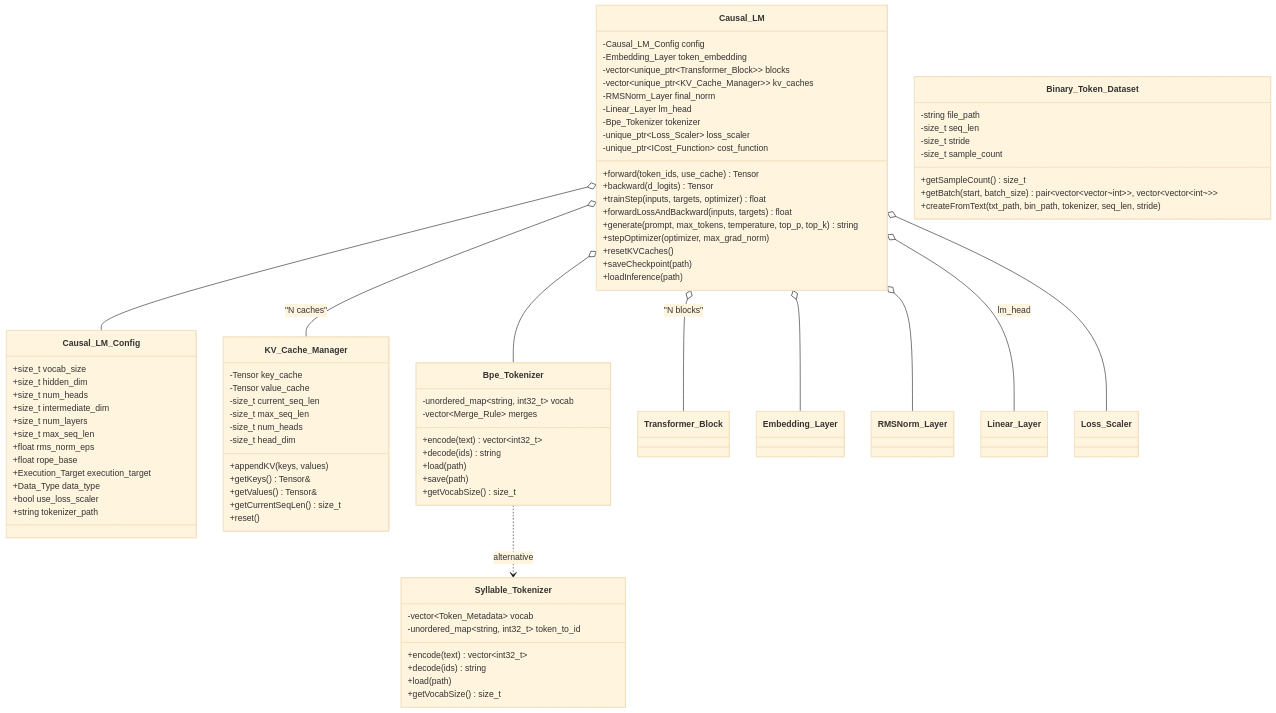
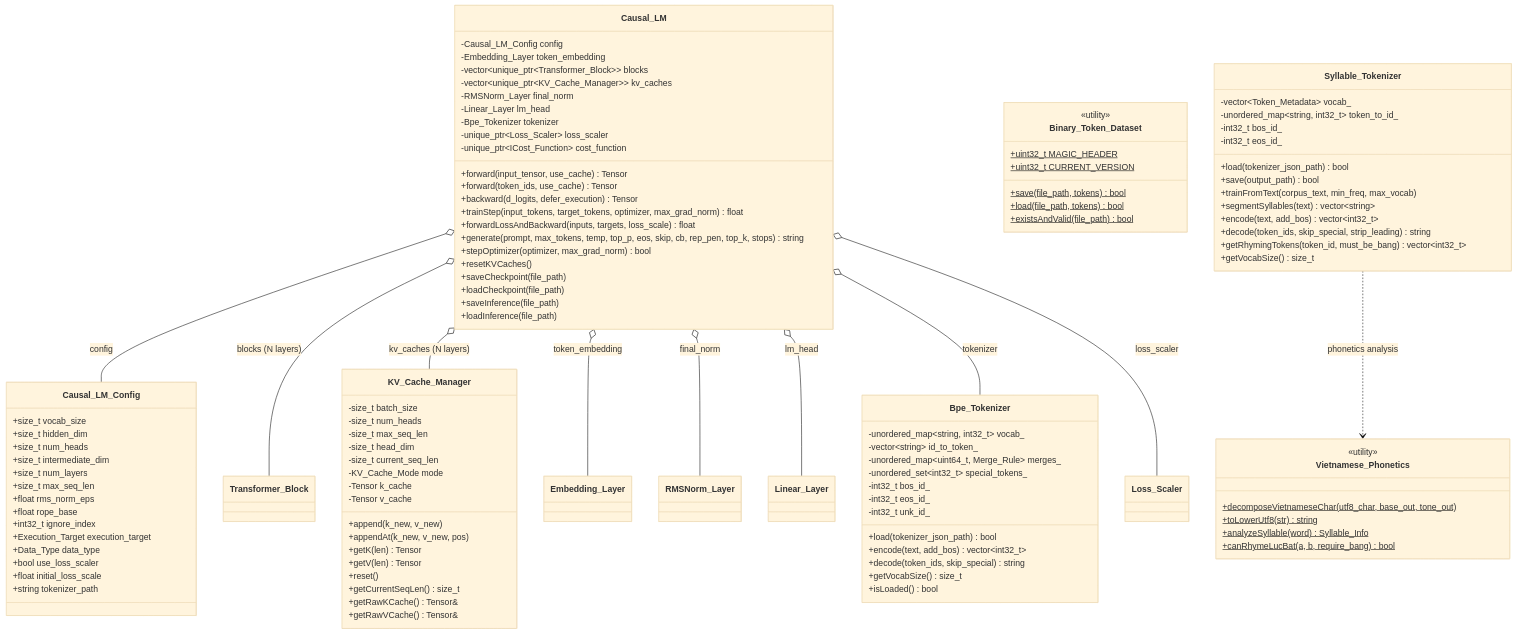
Before and after one commit to HungVQ1991/VulkanML: the seventh of 11 diagrams in architechture.md, drawn with Mermaid (base theme). The commit also changed other lines of this file, not shown here.

Commit message:
fix architecture

````diff
--- a/architechture.md
+++ b/architechture.md
@@ -634,9 +695,11 @@
         +size_t max_seq_len
         +float rms_norm_eps
         +float rope_base
+        +int32_t ignore_index
         +Execution_Target execution_target
         +Data_Type data_type
         +bool use_loss_scaler
+        +float initial_loss_scale
         +string tokenizer_path
     }
 
@@ -650,67 +713,93 @@
         -Bpe_Tokenizer tokenizer
         -unique_ptr~Loss_Scaler~ loss_scaler
         -unique_ptr~ICost_Function~ cost_function
+        +forward(input_tensor, use_cache) Tensor
         +forward(token_ids, use_cache) Tensor
-        +backward(d_logits) Tensor
-        +trainStep(inputs, targets, optimizer) float
-        +forwardLossAndBackward(inputs, targets) float
-        +generate(prompt, max_tokens, temperature, top_p, top_k) string
-        +stepOptimizer(optimizer, max_grad_norm)
+        +backward(d_logits, defer_execution) Tensor
+        +trainStep(input_tokens, target_tokens, optimizer, max_grad_norm) float
+        +forwardLossAndBackward(inputs, targets, loss_scale) float
+        +generate(prompt, max_tokens, temp, top_p, eos, skip, cb, rep_pen, top_k, stops) string
+        +stepOptimizer(optimizer, max_grad_norm) bool
         +resetKVCaches()
-        +saveCheckpoint(path)
-        +loadInference(path)
+        +saveCheckpoint(file_path)
+        +loadCheckpoint(file_path)
+        +saveInference(file_path)
+        +loadInference(file_path)
     }
 
     class KV_Cache_Manager {
-        -Tensor key_cache
-        -Tensor value_cache
+        -size_t batch_size
+        -size_t num_heads
+        -size_t max_seq_len
+        -size_t head_dim
         -size_t current_seq_len
-        -size_t max_seq_len
-        -size_t num_heads
-        -size_t head_dim
-        +appendKV(keys, values)
-        +getKeys() Tensor&
-        +getValues() Tensor&
+        -KV_Cache_Mode mode
+        -Tensor k_cache
+        -Tensor v_cache
+        +append(k_new, v_new)
+        +appendAt(k_new, v_new, pos)
+        +getK(len) Tensor
+        +getV(len) Tensor
+        +reset()
         +getCurrentSeqLen() size_t
-        +reset()
+        +getRawKCache() Tensor&
+        +getRawVCache() Tensor&
     }
 
     class Binary_Token_Dataset {
-        -string file_path
-        -size_t seq_len
-        -size_t stride
-        -size_t sample_count
-        +getSampleCount() size_t
-        +getBatch(start, batch_size) pair~vector~vector~int~~, vector~vector~int~~~
-        +createFromText(txt_path, bin_path, tokenizer, seq_len, stride)
+        <<utility>>
+        +uint32_t MAGIC_HEADER$
+        +uint32_t CURRENT_VERSION$
+        +save(file_path, tokens)$ bool
+        +load(file_path, tokens)$ bool
+        +existsAndValid(file_path)$ bool
     }
 
     class Bpe_Tokenizer {
-        -unordered_map~string, int32_t~ vocab
-        -vector~Merge_Rule~ merges
-        +encode(text) vector~int32_t~
-        +decode(ids) string
-        +load(path)
-        +save(path)
+        -unordered_map~string, int32_t~ vocab_
+        -vector~string~ id_to_token_
+        -unordered_map~uint64_t, Merge_Rule~ merges_
+        -unordered_set~int32_t~ special_tokens_
+        -int32_t bos_id_
+        -int32_t eos_id_
+        -int32_t unk_id_
+        +load(tokenizer_json_path) bool
+        +encode(text, add_bos) vector~int32_t~
+        +decode(token_ids, skip_special) string
+        +getVocabSize() size_t
+        +isLoaded() bool
+    }
+
+    class Syllable_Tokenizer {
+        -vector~Token_Metadata~ vocab_
+        -unordered_map~string, int32_t~ token_to_id_
+        -int32_t bos_id_
+        -int32_t eos_id_
+        +load(tokenizer_json_path) bool
+        +save(output_path) bool
+        +trainFromText(corpus_text, min_freq, max_vocab)
+        +segmentSyllables(text) vector~string~
+        +encode(text, add_bos) vector~int32_t~
+        +decode(token_ids, skip_special, strip_leading) string
+        +getRhymingTokens(token_id, must_be_bang) vector~int32_t~
         +getVocabSize() size_t
     }
 
-    class Syllable_Tokenizer {
-        -vector~Token_Metadata~ vocab
-        -unordered_map~string, int32_t~ token_to_id
-        +encode(text) vector~int32_t~
-        +decode(ids) string
-        +load(path)
-        +getVocabSize() size_t
+    class Vietnamese_Phonetics {
+        <<utility>>
+        +decomposeVietnameseChar(utf8_char, base_out, tone_out)$
+        +toLowerUtf8(str)$ string
+        +analyzeSyllable(word)$ Syllable_Info
+        +canRhymeLucBat(a, b, require_bang)$ bool
     }
 
-    Causal_LM o-- Causal_LM_Config
-    Causal_LM o-- Transformer_Block : "N blocks"
-    Causal_LM o-- KV_Cache_Manager : "N caches"
-    Causal_LM o-- Embedding_Layer
-    Causal_LM o-- RMSNorm_Layer
+    Causal_LM o-- Causal_LM_Config : config
+    Causal_LM o-- Transformer_Block : blocks (N layers)
+    Causal_LM o-- KV_Cache_Manager : kv_caches (N layers)
+    Causal_LM o-- Embedding_Layer : token_embedding
+    Causal_LM o-- RMSNorm_Layer : final_norm
     Causal_LM o-- Linear_Layer : lm_head
-    Causal_LM o-- Bpe_Tokenizer
-    Causal_LM o-- Loss_Scaler
-    Bpe_Tokenizer ..> Syllable_Tokenizer : alternative
+    Causal_LM o-- Bpe_Tokenizer : tokenizer
+    Causal_LM o-- Loss_Scaler : loss_scaler
+    Syllable_Tokenizer ..> Vietnamese_Phonetics : phonetics analysis
 ```
````
